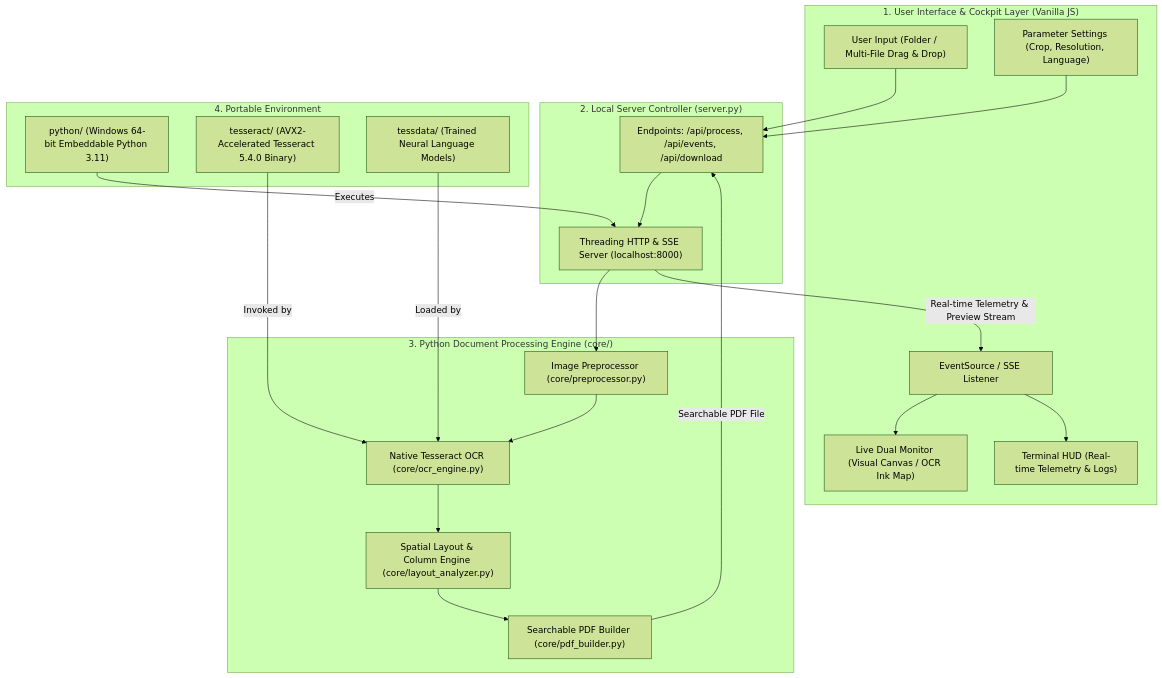
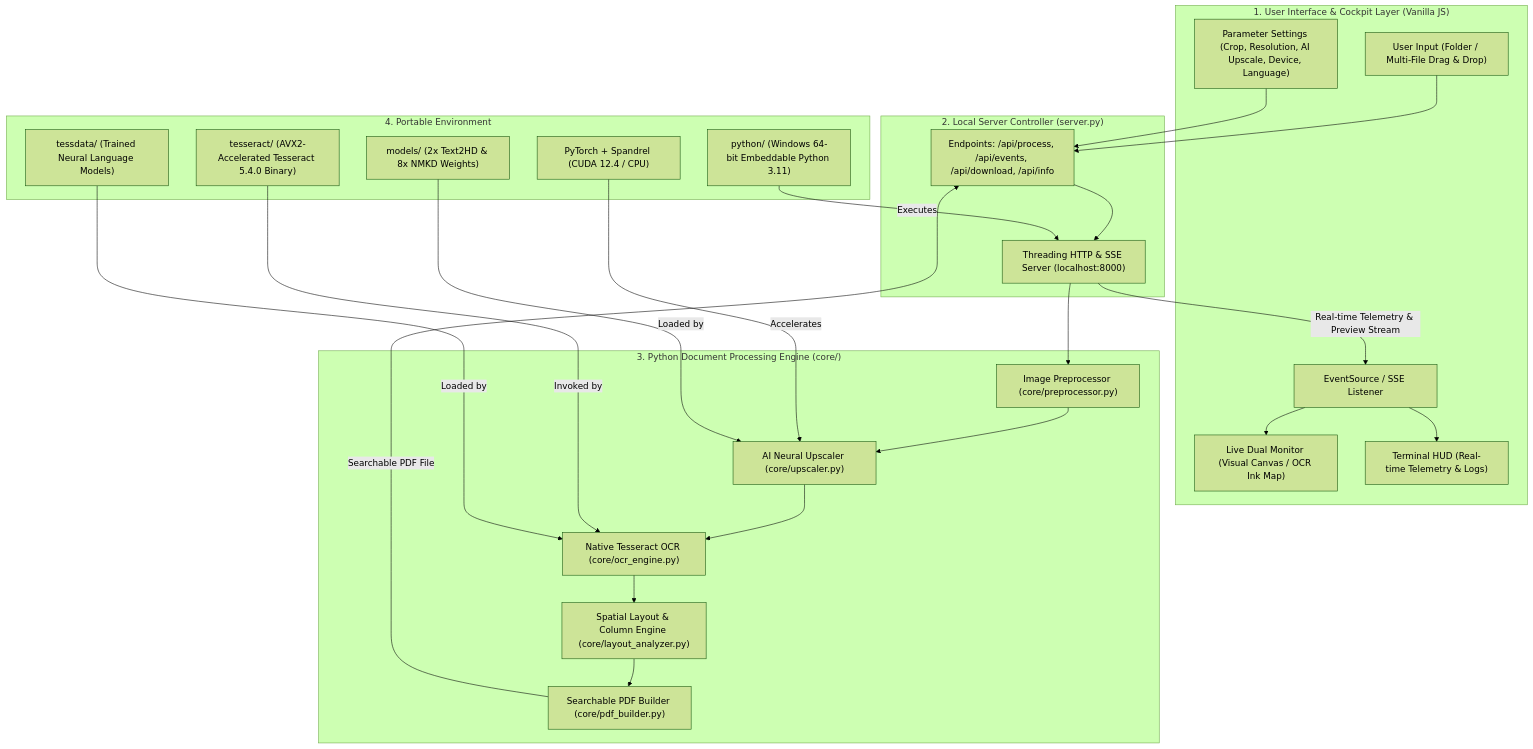
The diagram in README.md (AZ-innovation-labs/Chain-PDF), drawn with Mermaid (forest theme) before and after one commit. The commit also changed other lines of this file, not shown here.

````diff
--- a/README.md
+++ b/README.md
@@ -68,44 +83,50 @@
 ```mermaid
 flowchart TD
     subgraph Client ["1. User Interface & Cockpit Layer (Vanilla JS)"]
         A["User Input (Folder / Multi-File Drag & Drop)"]
-        B["Parameter Settings (Crop, Resolution, Language)"]
+        B["Parameter Settings (Crop, Resolution, AI Upscale, Device, Language)"]
         HUD["Live Dual Monitor (Visual Canvas / OCR Ink Map)"]
         TERM["Terminal HUD (Real-time Telemetry & Logs)"]
         EVT["EventSource / SSE Listener"]
     end
 
     subgraph Server ["2. Local Server Controller (server.py)"]
         SRV["Threading HTTP & SSE Server (localhost:8000)"]
-        API["Endpoints: /api/process, /api/events, /api/download"]
+        API["Endpoints: /api/process, /api/events, /api/download, /api/info"]
     end
 
     subgraph Pipeline ["3. Python Document Processing Engine (core/)"]
         PRE["Image Preprocessor (core/preprocessor.py)"]
+        AI["AI Neural Upscaler (core/upscaler.py)"]
         OCR["Native Tesseract OCR (core/ocr_engine.py)"]
         LAY["Spatial Layout & Column Engine (core/layout_analyzer.py)"]
         PDF["Searchable PDF Builder (core/pdf_builder.py)"]
     end
 
     subgraph Runtime ["4. Portable Environment"]
         EMB["python/ (Windows 64-bit Embeddable Python 3.11)"]
+        TORCH["PyTorch + Spandrel (CUDA 12.4 / CPU)"]
+        MODELS["models/ (2x Text2HD & 8x NMKD Weights)"]
         TESS["tesseract/ (AVX2-Accelerated Tesseract 5.4.0 Binary)"]
         DATA["tessdata/ (Trained Neural Language Models)"]
     end
 
     A --> API
     B --> API
     API --> SRV
     SRV --> PRE
-    PRE --> OCR
+    PRE --> AI
+    AI --> OCR
     OCR --> LAY
     LAY --> PDF
     SRV -->|Real-time Telemetry & Preview Stream| EVT
     EVT --> HUD
     EVT --> TERM
     PDF -->|Searchable PDF File| API
 
     EMB -->|Executes| SRV
+    TORCH -->|Accelerates| AI
+    MODELS -->|Loaded by| AI
     TESS -->|Invoked by| OCR
     DATA -->|Loaded by| OCR
 ```
````
